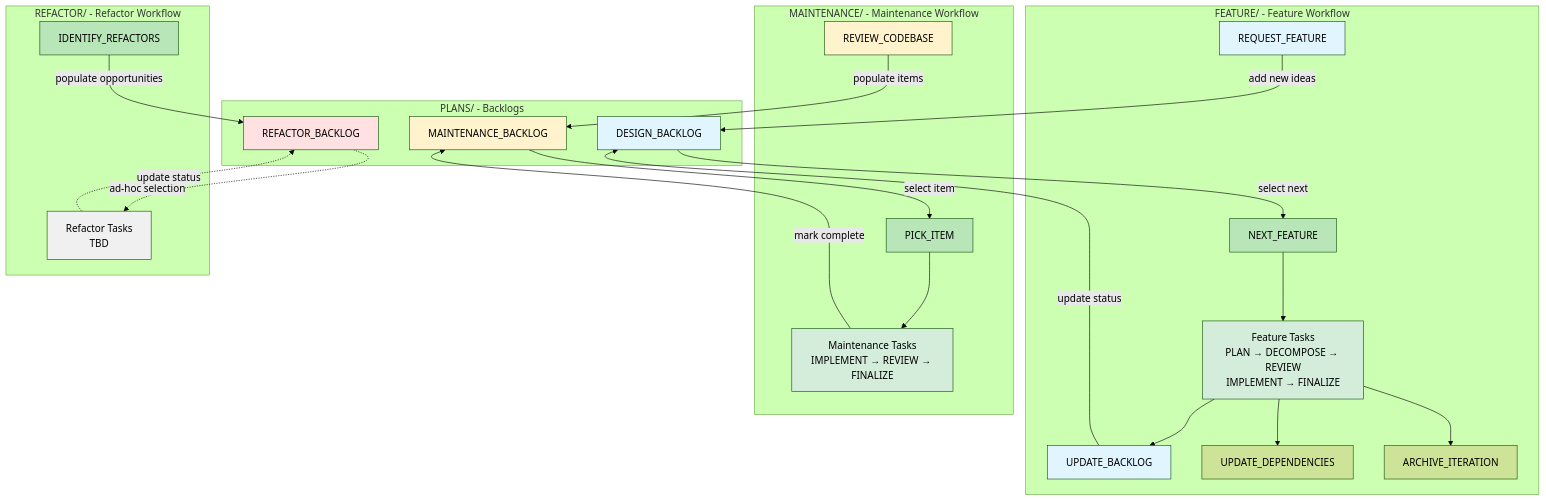
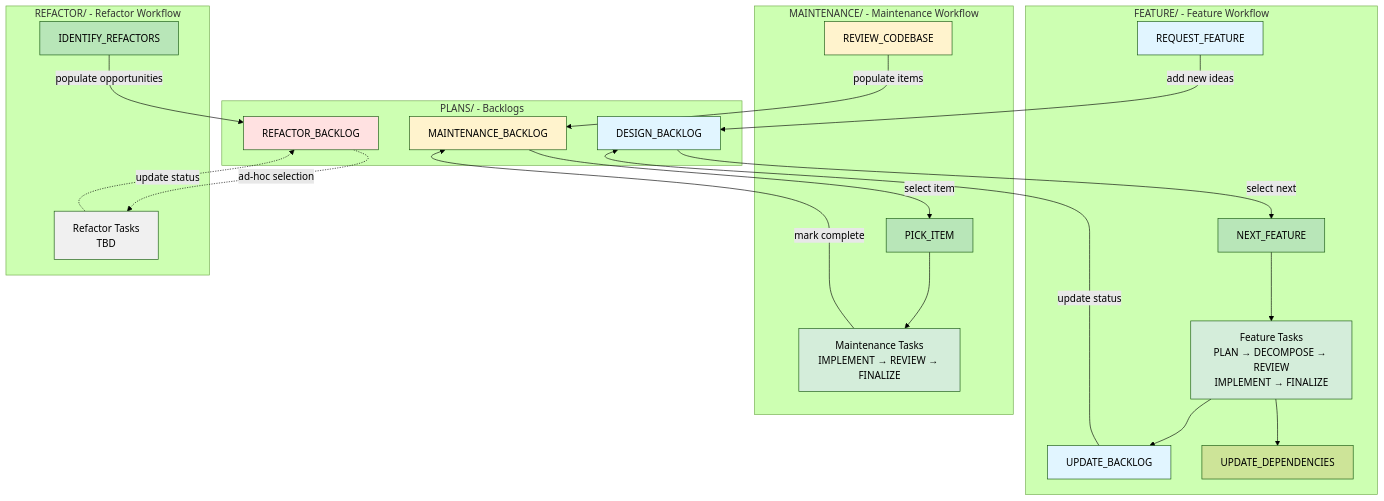
Before and after one commit to EvanLavender13/FrogLords: the diagram in TASKS/WORKFLOW.md, drawn with Mermaid (forest theme). The commit also changed other lines of this file and 2 other files, not shown here.

Commit message:
workflow: remove archive iteration task from workflow
The ARCHIVE_ITERATION task was redundant with the archive script functionality. Removing it simplifies the workflow by eliminating an unnecessary step while maintaining the same archiving behavior through the script.

- Updated TASKS/FEATURE/DEFER_FEATURE.md to reference the archive script instead of the task
- Removed ARCHIVE_ITERATION references from TASKS/FEATURE/WORKFLOW.md workflow diagrams and steps
- Removed ARCHIVE_ITERATION from TASKS/WORKFLOW.md graph and task list

Workflow now uses the archive script directly, reducing process overhead without losing functionality.

````diff
--- a/TASKS/WORKFLOW.md
+++ b/TASKS/WORKFLOW.md
@@ -7,61 +7,59 @@
 ```mermaid
 graph TB
     subgraph Backlogs["PLANS/ - Backlogs"]
         DB[DESIGN_BACKLOG]
         MB[MAINTENANCE_BACKLOG]
         RB[REFACTOR_BACKLOG]
     end
 
     subgraph FeatureTasks["FEATURE/ - Feature Workflow"]
         RF[REQUEST_FEATURE]
         NF[NEXT_FEATURE]
         FW[Feature Tasks<br/>PLAN → DECOMPOSE → REVIEW<br/>IMPLEMENT → FINALIZE]
         UB[UPDATE_BACKLOG]
         UD[UPDATE_DEPENDENCIES]
-        AI[ARCHIVE_ITERATION]
     end
 
     subgraph MaintenanceTasks["MAINTENANCE/ - Maintenance Workflow"]
         RC[REVIEW_CODEBASE]
         PI[PICK_ITEM]
         MW[Maintenance Tasks<br/>IMPLEMENT → REVIEW → FINALIZE]
     end
 
     subgraph RefactorTasks["REFACTOR/ - Refactor Workflow"]
         IR[IDENTIFY_REFACTORS]
         RW[Refactor Tasks<br/>TBD]
     end
 
     %% Feature workflow flows
     RF -->|add new ideas| DB
     DB -->|select next| NF
     NF --> FW
     FW --> UB
     FW --> UD
-    FW --> AI
     UB -->|update status| DB
 
     %% Maintenance workflow flows
     RC -->|populate items| MB
     MB -->|select item| PI
     PI --> MW
     MW -->|mark complete| MB
 
     %% Refactor workflow flows
     IR -->|populate opportunities| RB
     RB -.->|ad-hoc selection| RW
     RW -.->|update status| RB
 
     style DB fill:#e1f5ff
     style MB fill:#fff3cd
     style RB fill:#ffe1e1
     style FW fill:#d4edda
     style MW fill:#d4edda
     style RW fill:#f0f0f0
     style NF fill:#b8e6b8
     style PI fill:#b8e6b8
     style IR fill:#b8e6b8
     style RF fill:#e1f5ff
     style RC fill:#fff3cd
     style UB fill:#e1f5ff
 ```
````
